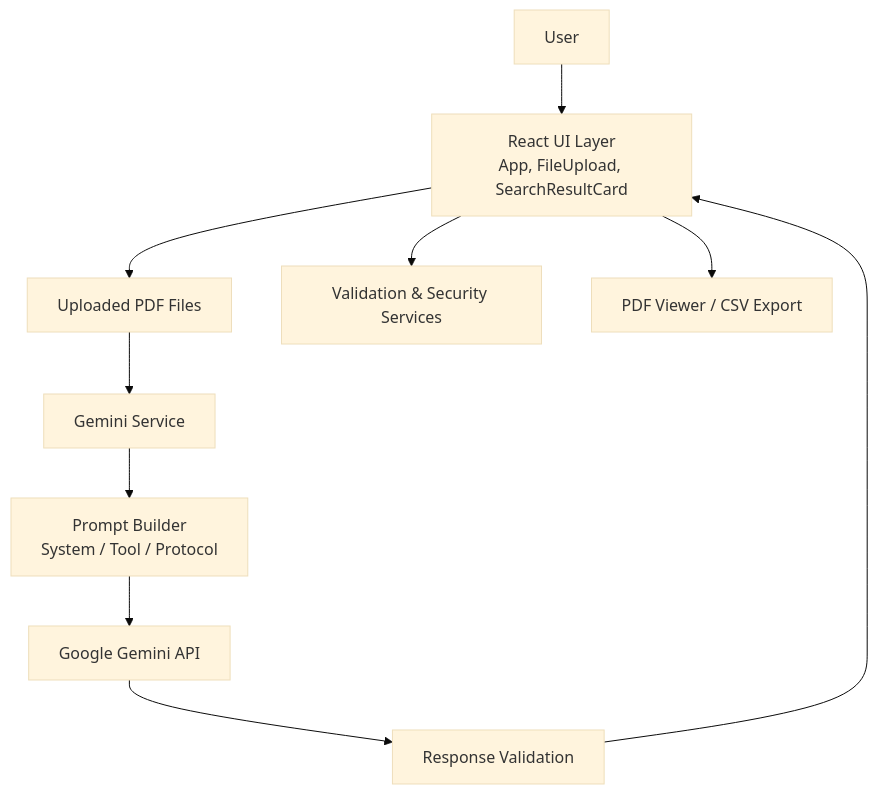
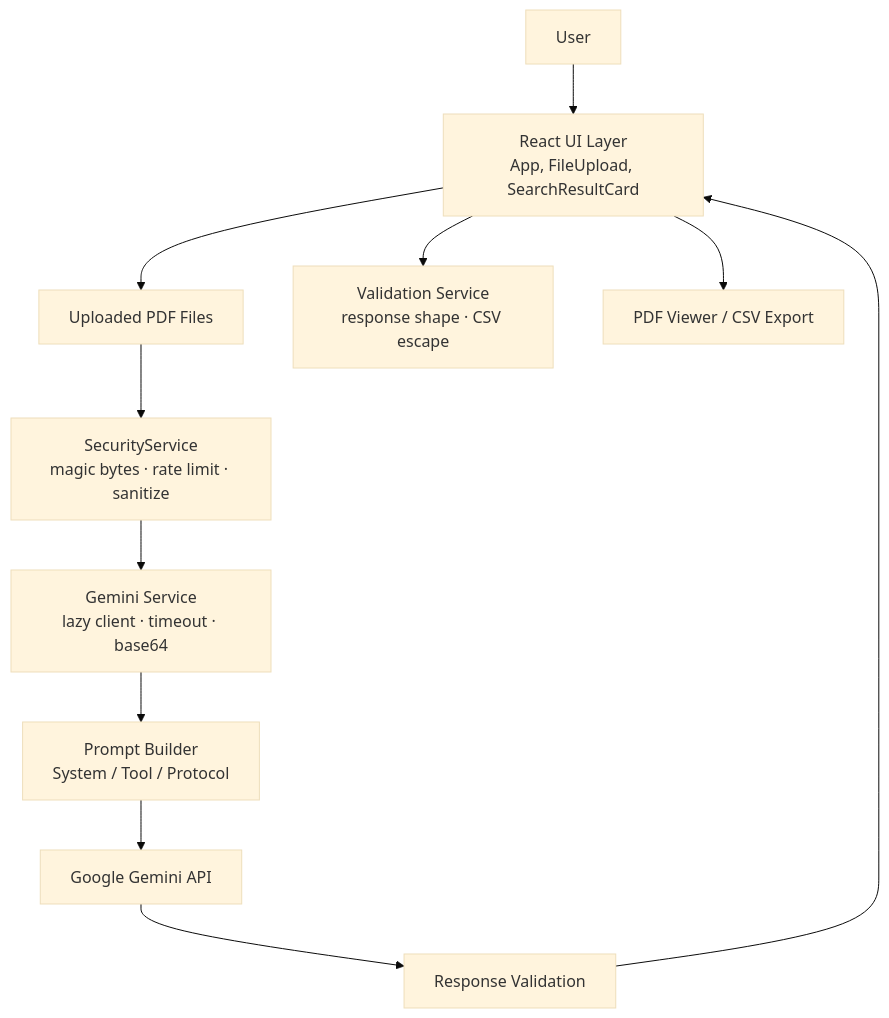
Before and after one commit to darshil0/gemini-pdf-retrieval-agent: the diagram in README.md, drawn with Mermaid (base theme). The commit also changed other lines of this file and 6 other files, not shown here.

````diff
--- a/README.md
+++ b/README.md
@@ -86,12 +94,13 @@
 ```mermaid
 flowchart TD
     U[User] --> UI[React UI Layer<br/>App, FileUpload, SearchResultCard]
     UI --> Files[Uploaded PDF Files]
-    Files --> G[Gemini Service]
-    UI --> V[Validation & Security Services]
+    Files --> Sec[SecurityService<br/>magic bytes · rate limit · sanitize]
+    Sec --> G[Gemini Service<br/>lazy client · timeout · base64]
+    UI --> V[Validation Service<br/>response shape · CSV escape]
     G --> P[Prompt Builder<br/>System / Tool / Protocol]
     P --> A[Google Gemini API]
     A --> R[Response Validation]
     R --> UI
     UI --> PDF[PDF Viewer / CSV Export]
 ```
````
